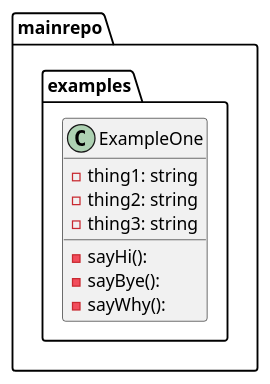
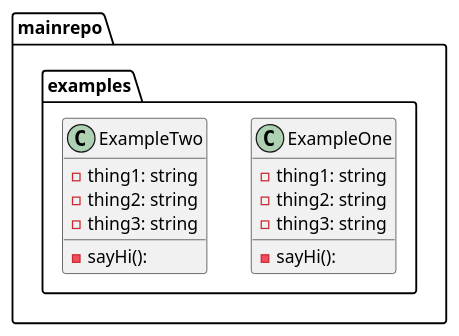
The diagram in graph.puml (tbal999/pumlaction), drawn with PlantUML before and after one commit. The commit also changed 1 other file, not shown here.

```diff
--- a/graph.puml
+++ b/graph.puml
@@ -1,13 +1,19 @@
 @startuml
 package ...mainrepo.examples{
 class ExampleOne {
 -thing1: string
 -thing2: string
 -thing3: string
 -sayHi(): 
--sayBye(): 
--sayWhy(): 
+}
+}
+package ...mainrepo.examples{
+class ExampleTwo {
+-thing1: string
+-thing2: string
+-thing3: string
+-sayHi(): 
 }
 }
 
 @enduml
```
